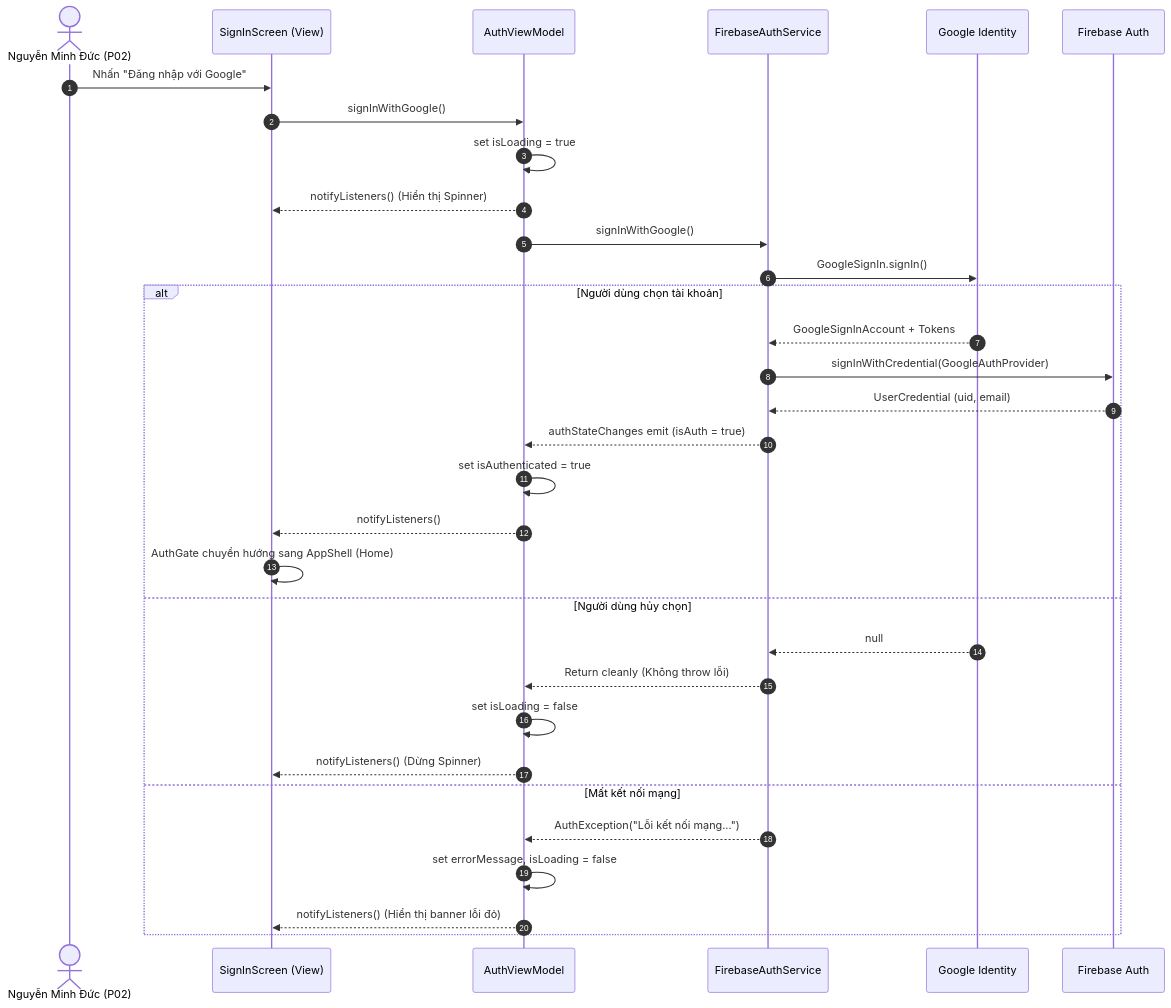
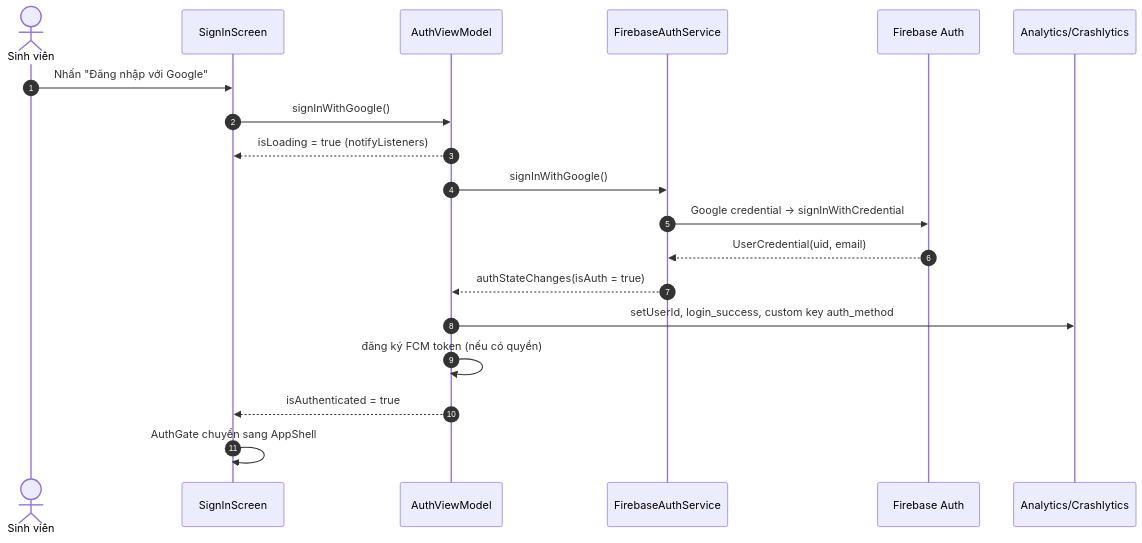
One commit to quanglong68/PRM393_Final_GR6 changed the second of 3 diagrams in docs/architecture.md. Above: the diagram before and after it, drawn with Mermaid. The commit also changed other lines of this file and 10 other files, not shown here.

````diff
--- a/docs/architecture.md
+++ b/docs/architecture.md
@@ -24,35 +160,22 @@
 ```mermaid
 sequenceDiagram
     autonumber
-    actor Student as Nguyễn Minh Đức (P02)
-    participant UI as SignInScreen (View)
+    actor SV as Sinh viên
+    participant UI as SignInScreen
     participant VM as AuthViewModel
-    participant Service as FirebaseAuthService
-    participant Google as Google Identity
-    participant Firebase as Firebase Auth
+    participant AS as FirebaseAuthService
+    participant FB as Firebase Auth
+    participant AN as Analytics/Crashlytics
 
-    Student->>UI: Nhấn "Đăng nhập với Google"
+    SV->>UI: Nhấn "Đăng nhập với Google"
     UI->>VM: signInWithGoogle()
-    VM->>VM: set isLoading = true
-    VM-->>UI: notifyListeners() (Hiển thị Spinner)
-    VM->>Service: signInWithGoogle()
-    Service->>Google: GoogleSignIn.signIn()
-    alt Người dùng chọn tài khoản
-        Google-->>Service: GoogleSignInAccount + Tokens
-        Service->>Firebase: signInWithCredential(GoogleAuthProvider)
-        Firebase-->>Service: UserCredential (uid, email)
-        Service-->>VM: authStateChanges emit (isAuth = true)
-        VM->>VM: set isAuthenticated = true
-        VM-->>UI: notifyListeners()
-        UI->>UI: AuthGate chuyển hướng sang AppShell (Home)
-    else Người dùng hủy chọn
-        Google-->>Service: null
-        Service-->>VM: Return cleanly (Không throw lỗi)
-        VM->>VM: set isLoading = false
-        VM-->>UI: notifyListeners() (Dừng Spinner)
-    else Mất kết nối mạng
-        Service-->>VM: AuthException("Lỗi kết nối mạng...")
-        VM->>VM: set errorMessage, isLoading = false
-        VM-->>UI: notifyListeners() (Hiển thị banner lỗi đỏ)
-    end
+    VM-->>UI: isLoading = true (notifyListeners)
+    VM->>AS: signInWithGoogle()
+    AS->>FB: Google credential → signInWithCredential
+    FB-->>AS: UserCredential(uid, email)
+    AS-->>VM: authStateChanges(isAuth = true)
+    VM->>AN: setUserId, login_success, custom key auth_method
+    VM->>VM: đăng ký FCM token (nếu có quyền)
+    VM-->>UI: isAuthenticated = true
+    UI->>UI: AuthGate chuyển sang AppShell
 ```
````
